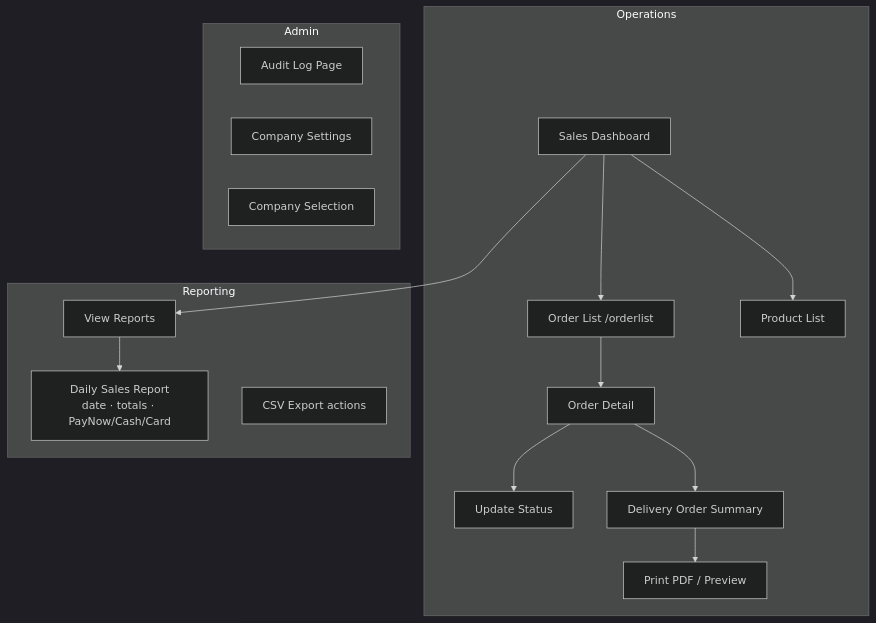
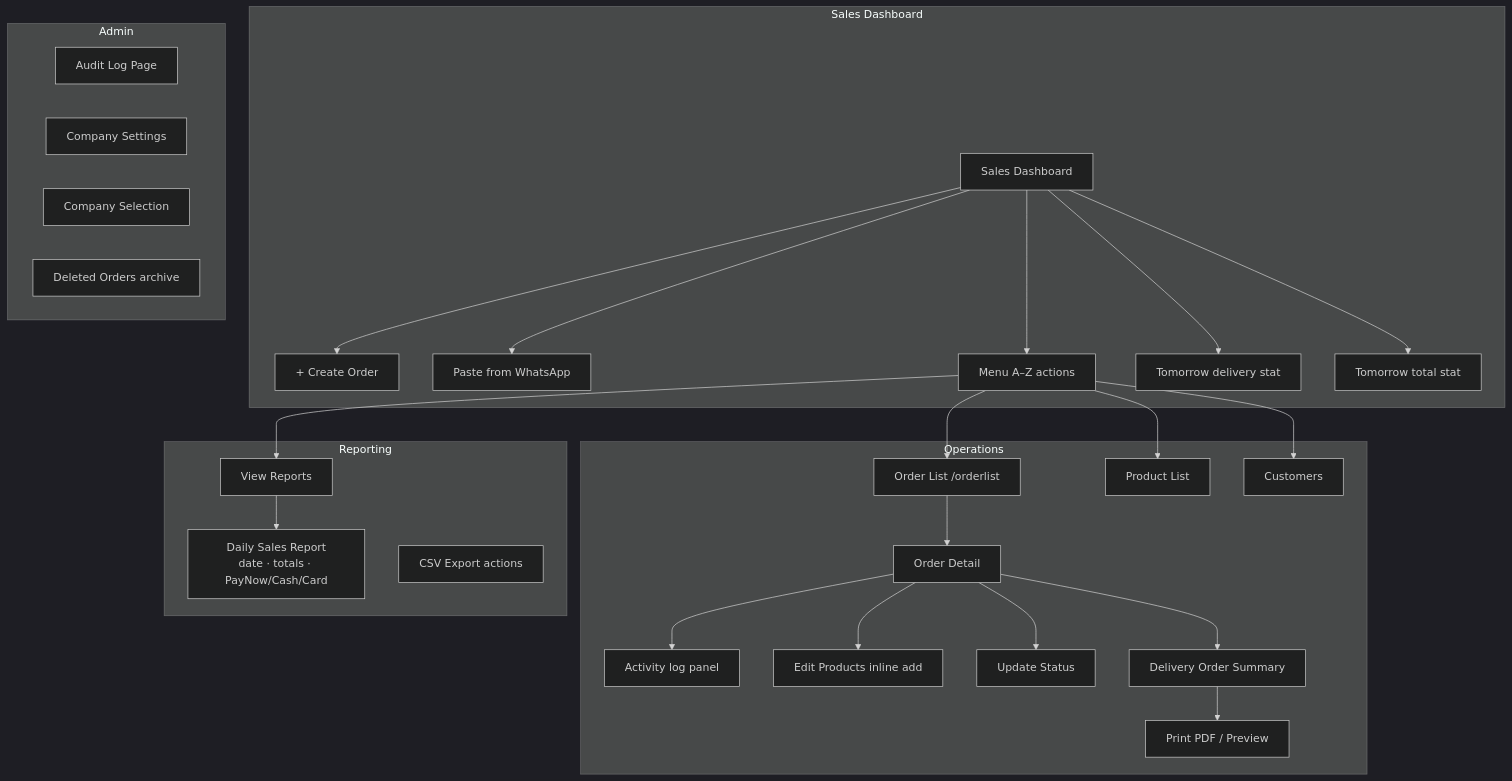
The ninth of 11 diagrams in docs/WORKFLOW.md (kahliantoo-rgb/tfg_vday), drawn with Mermaid (dark theme) before and after one commit. The commit also changed other lines of this file and 137 other files, not shown here.

First line of the commit message:
Add customers, WhatsApp import, staging flavors, and order UX for peak ops.

````diff
--- a/docs/WORKFLOW.md
+++ b/docs/WORKFLOW.md
@@ -319,23 +353,35 @@
 ```mermaid
 flowchart TB
+    subgraph Dashboard["Sales Dashboard"]
+        A[Sales Dashboard] --> CO[+ Create Order]
+        A --> WA[Paste from WhatsApp]
+        A --> M[Menu A–Z actions]
+        A --> S1[Tomorrow delivery stat]
+        A --> S2[Tomorrow total stat]
+    end
+
     subgraph Operations
-        A[Sales Dashboard] --> B[Order List /orderlist]
-        A --> C[Product List]
+        M --> B[Order List /orderlist]
+        M --> C[Product List]
+        M --> CU[Customers]
         B --> D[Order Detail]
+        D --> AL[Activity log panel]
+        D --> EP[Edit Products inline add]
         D --> E[Update Status]
         D --> F[Delivery Order Summary]
         F --> G[Print PDF / Preview]
     end
 
     subgraph Reporting
-        A --> V[View Reports]
+        M --> V[View Reports]
         V --> H[Daily Sales Report<br/>date · totals · PayNow/Cash/Card]
         I[CSV Export actions]
     end
 
     subgraph Admin
         J[Audit Log Page]
         K[Company Settings]
         L[Company Selection]
+        DO[Deleted Orders archive]
     end
 ```
````
